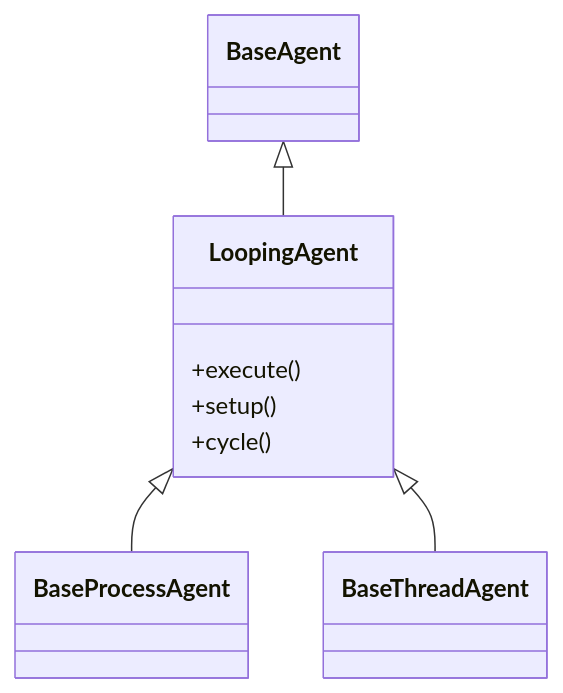
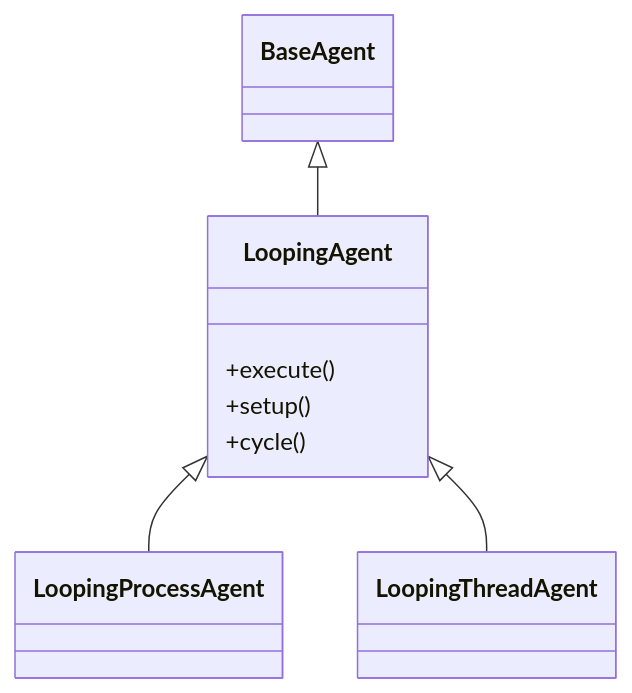
One commit to giulio333/PyOrchestrate changed the first of 2 diagrams in docs/learn/agents/built-in-agents/loopingagent.mdx. Above: the diagram before and after it, drawn with Mermaid. The commit also changed other lines of this file and 13 other files, not shown here.

````diff
--- a/docs/learn/agents/built-in-agents/loopingagent.mdx
+++ b/docs/learn/agents/built-in-agents/loopingagent.mdx
@@ -44,20 +44,20 @@
 ```mermaid
 classDiagram
     class BaseAgent {
     }
 
     class LoopingAgent {
         +execute()
         +setup()
         +cycle()
     }
 
-    class BaseProcessAgent {
+    class LoopingProcessAgent {
     }
-    class BaseThreadAgent {
+    class LoopingThreadAgent {
     }
 
     BaseAgent <|-- LoopingAgent
-    LoopingAgent <|-- BaseProcessAgent
-    LoopingAgent <|-- BaseThreadAgent
+    LoopingAgent <|-- LoopingProcessAgent
+    LoopingAgent <|-- LoopingThreadAgent
 ```
````
